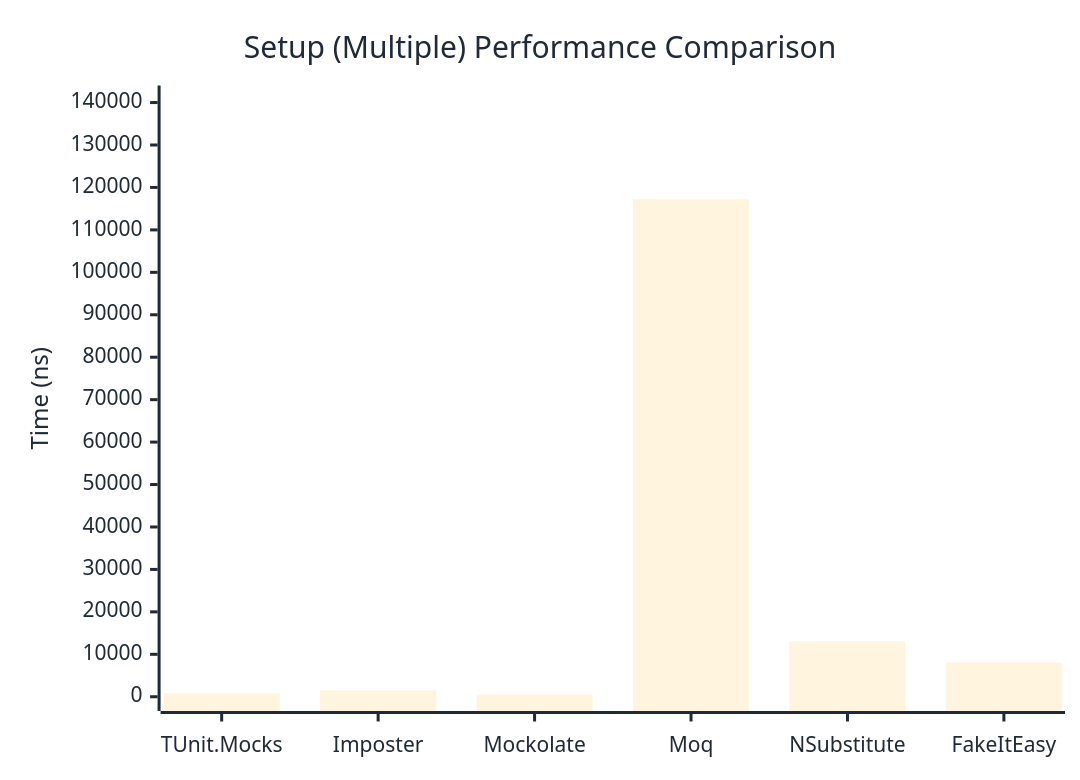
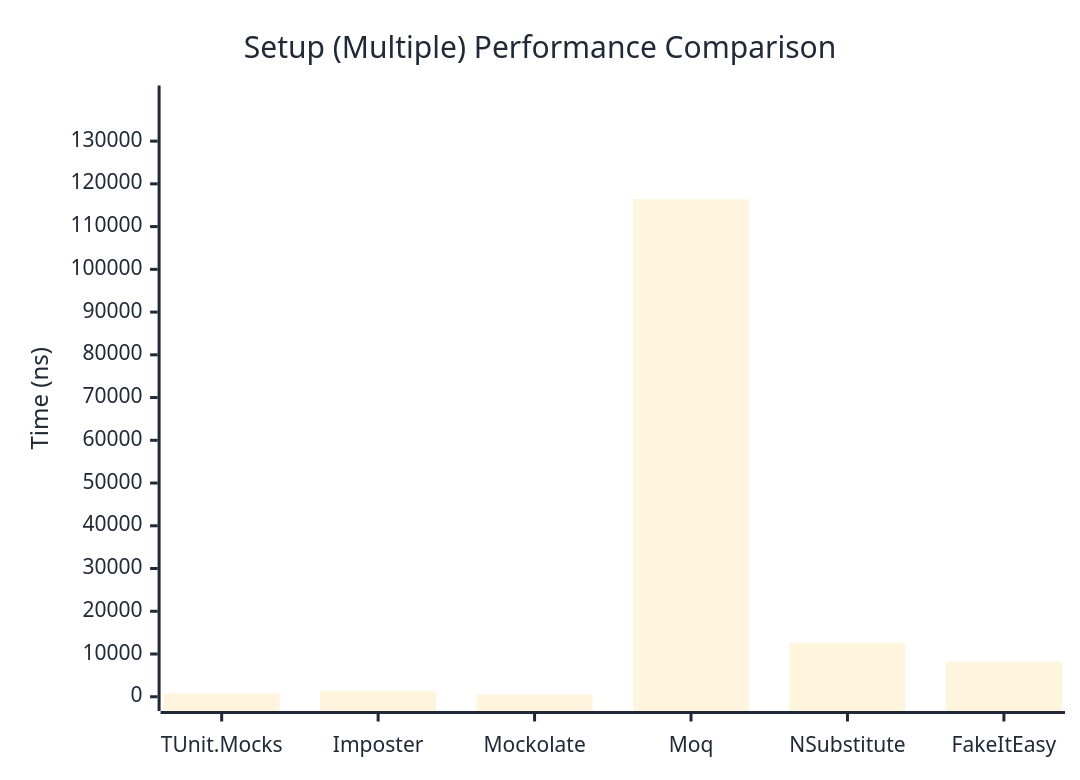
The second of 2 diagrams in docs/docs/benchmarks/mocks/Setup.md (thomhurst/TUnit), drawn with Mermaid before and after one commit. The commit also changed other lines of this file and 14 other files, not shown here.

````diff
--- a/docs/docs/benchmarks/mocks/Setup.md
+++ b/docs/docs/benchmarks/mocks/Setup.md
@@ -71,27 +71,27 @@
 ```mermaid
 %%{init: {
   'theme':'base',
   'themeVariables': {
     'primaryColor': '#2563eb',
     'primaryTextColor': '#1f2937',
     'primaryBorderColor': '#1e40af',
     'lineColor': '#6b7280',
     'secondaryColor': '#7c3aed',
     'tertiaryColor': '#dc2626',
     'background': '#ffffff',
     'pie1': '#2563eb',
     'pie2': '#7c3aed',
     'pie3': '#dc2626',
     'pie4': '#f59e0b',
     'pie5': '#10b981',
     'pie6': '#06b6d4',
     'pie7': '#ec4899',
     'pie8': '#6366f1'
   }
 }}%%
 xychart-beta
   title "Setup (Multiple) Performance Comparison"
   x-axis ["TUnit.Mocks", "Imposter", "Mockolate", "Moq", "NSubstitute", "FakeItEasy"]
-  y-axis "Time (ns)" 0 --> 140662
-  bar [830.1, 1475, 551, 117217.6, 13080, 8082.4]
+  y-axis "Time (ns)" 0 --> 139679
+  bar [781.9, 1371.4, 526.2, 116398.8, 12664.7, 8239.5]
 ```
````
